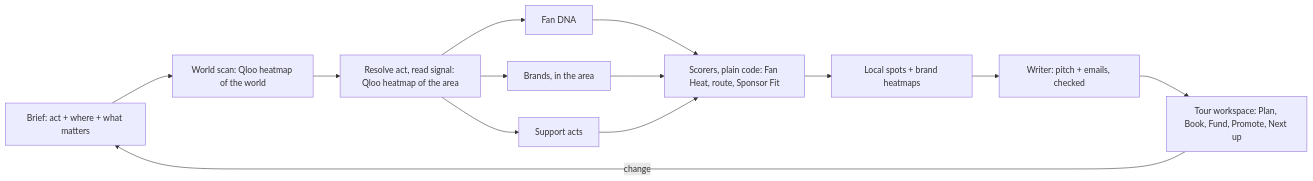
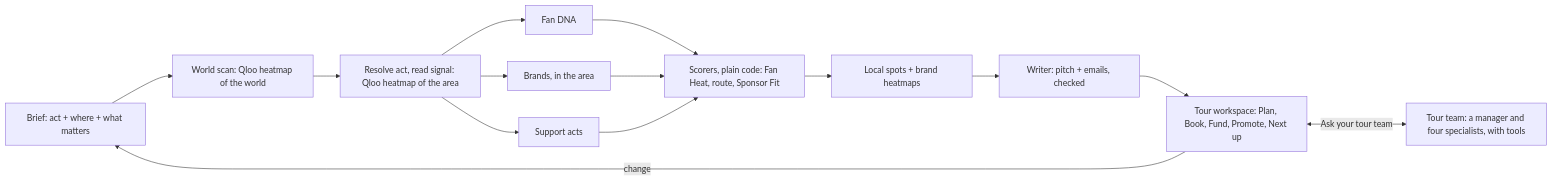
One commit to KarimAdel-1/afinlo changed the first of 2 diagrams in README.md. Above: the diagram before and after it, drawn with Mermaid. The commit also changed other lines of this file and 59 other files, not shown here.

````diff
--- a/README.md
+++ b/README.md
@@ -50,13 +59,14 @@
 ```mermaid
 flowchart LR
   B[Brief: act + where + what matters] --> W[World scan: Qloo heatmap of the world]
   W --> R[Resolve act, read signal: Qloo heatmap of the area]
   R --> D[Fan DNA]
   R --> S[Brands, in the area]
   R --> P[Support acts]
   D & S & P --> SC[Scorers, plain code: Fan Heat, route, Sponsor Fit]
   SC --> L[Local spots + brand heatmaps]
   L --> WR[Writer: pitch + emails, checked]
   WR --> T[Tour workspace: Plan, Book, Fund, Promote, Next up]
+  T <-->|Ask your tour team| TM[Tour team: a manager and four specialists, with tools]
   T -- change --> B
 ```
````
